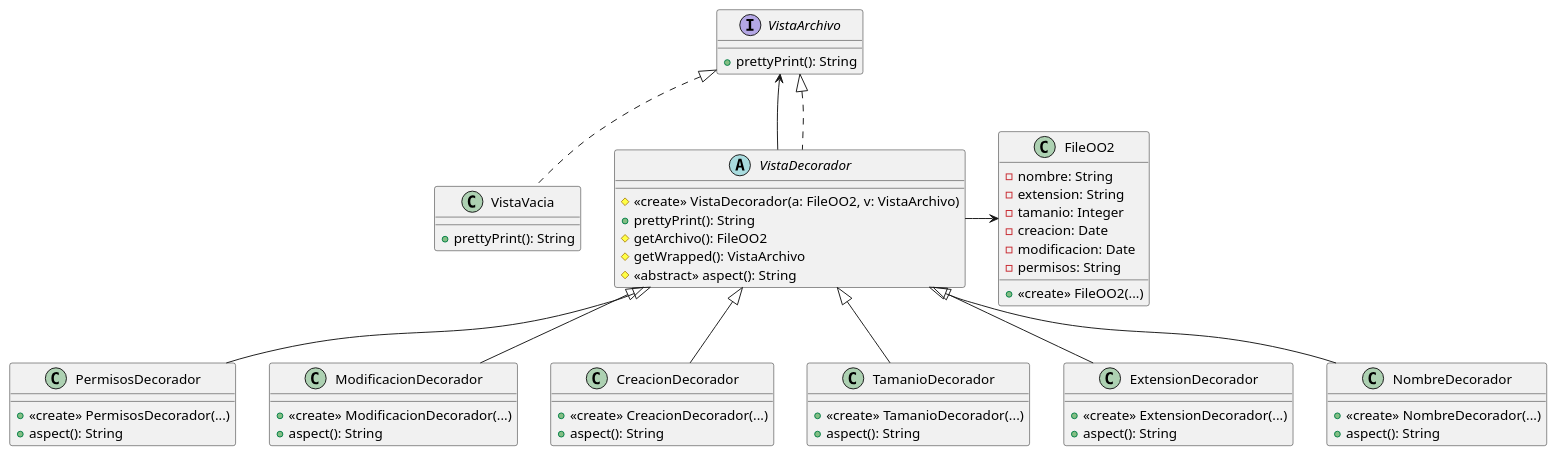
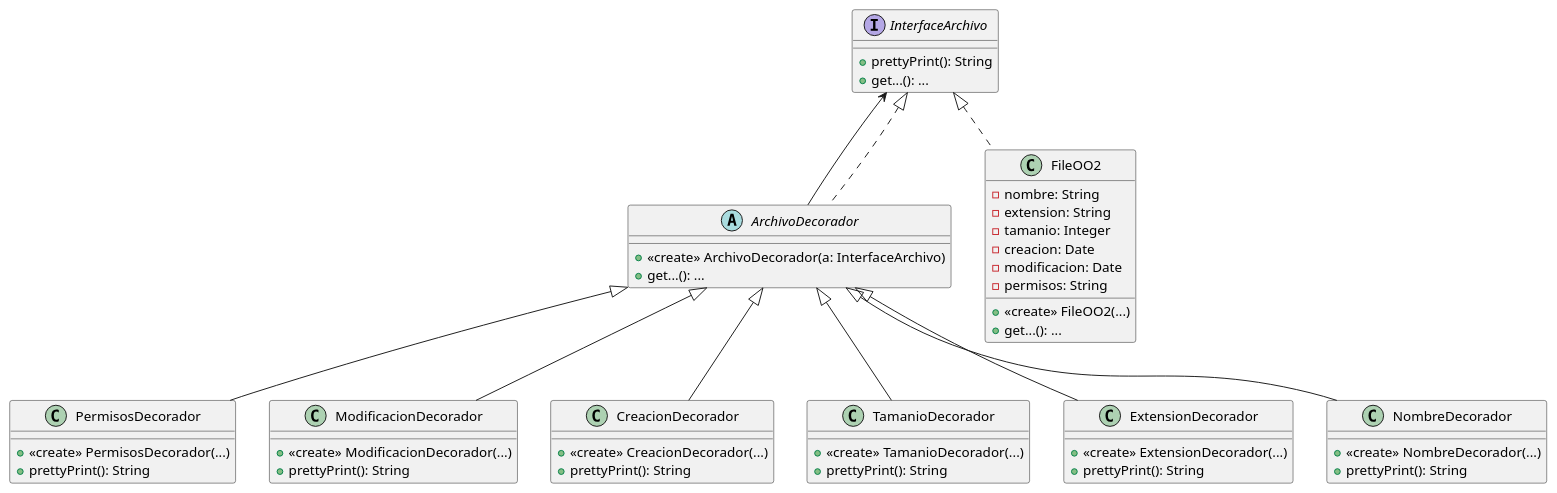
The diagram in Practicas/Patrones/Ejercicio-19_FileManager/codigouml.puml (alvaroauth/OO2), drawn with PlantUML before and after one commit. The commit also changed 46 other files, not shown here.

```diff
--- a/Practicas/Patrones/Ejercicio-19_FileManager/codigouml.puml
+++ b/Practicas/Patrones/Ejercicio-19_FileManager/codigouml.puml
@@ -1,61 +1,58 @@
 @startuml
 top to bottom direction
 
-interface VistaArchivo {
+interface InterfaceArchivo {
     +prettyPrint(): String
+    +get...(): ...
 }
 
 together {
-    class VistaVacia implements VistaArchivo {
-        +prettyPrint(): String
+    class FileOO2 implements InterfaceArchivo{
+        -nombre: String
+        -extension: String
+        -tamanio: Integer
+        -creacion: Date
+        -modificacion: Date
+        -permisos: String
+        +<<create>> FileOO2(...)
+        +get...(): ...
     }
-    abstract class VistaDecorador implements VistaArchivo {
-        #<<create>> VistaDecorador(a: FileOO2, v: VistaArchivo)
-        +prettyPrint(): String
-        #getArchivo(): FileOO2
-        #getWrapped(): VistaArchivo
-        #<<abstract>> aspect(): String
+
+    abstract class ArchivoDecorador implements InterfaceArchivo {
+        +<<create>> ArchivoDecorador(a: InterfaceArchivo)
+        +get...(): ...
     }
 }
 
 together {
-    class NombreDecorador extends VistaDecorador {
+    class NombreDecorador extends ArchivoDecorador {
         +<<create>> NombreDecorador(...)
-        +aspect(): String
+        +prettyPrint(): String
     }
-    class ExtensionDecorador extends VistaDecorador {
+    class ExtensionDecorador extends ArchivoDecorador {
         +<<create>> ExtensionDecorador(...)
-        +aspect(): String
+        +prettyPrint(): String
     }
-    class TamanioDecorador extends VistaDecorador {
+    class TamanioDecorador extends ArchivoDecorador {
         +<<create>> TamanioDecorador(...)
-        +aspect(): String
+        +prettyPrint(): String
     }
-    class CreacionDecorador extends VistaDecorador {
+    class CreacionDecorador extends ArchivoDecorador {
         +<<create>> CreacionDecorador(...)
-        +aspect(): String
+        +prettyPrint(): String
     }
-    class ModificacionDecorador extends VistaDecorador {
+    class ModificacionDecorador extends ArchivoDecorador {
         +<<create>> ModificacionDecorador(...)
-        +aspect(): String
+        +prettyPrint(): String
     }
-    class PermisosDecorador extends VistaDecorador {
+    class PermisosDecorador extends ArchivoDecorador {
         +<<create>> PermisosDecorador(...)
-        +aspect(): String
+        +prettyPrint(): String
     }
 }
 
-class FileOO2 {
-    -nombre: String
-    -extension: String
-    -tamanio: Integer
-    -creacion: Date
-    -modificacion: Date
-    -permisos: String
-    +<<create>> FileOO2(...)
-}
 
-VistaDecorador --> VistaArchivo
-VistaDecorador -right-> FileOO2
+
+ArchivoDecorador --> InterfaceArchivo
 
 @enduml
```
